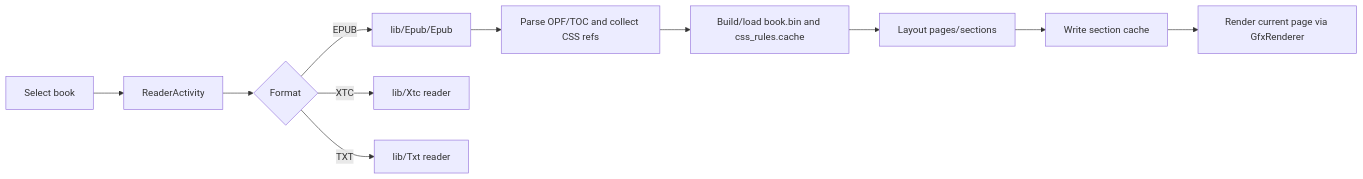
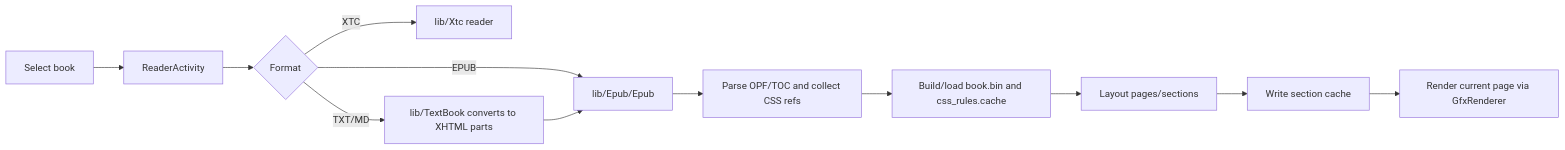
Before and after one commit to antziko/crosspoint-companion: the third of 4 diagrams in docs/contributing/architecture.md, drawn with Mermaid. The commit also changed 118 other files, not shown here.

First line of the commit message:
feat: SD plugins, protected books, and TXT/MD via the EPUB reader

````diff
--- a/docs/contributing/architecture.md
+++ b/docs/contributing/architecture.md
@@ -70,13 +70,14 @@
 ```mermaid
 flowchart LR
     A[Select book] --> B[ReaderActivity]
     B --> C{Format}
     C -->|EPUB| D[lib/Epub/Epub]
     C -->|XTC| E[lib/Xtc reader]
-    C -->|TXT| F[lib/Txt reader]
+    C -->|TXT/MD| F[lib/TextBook converts to XHTML parts]
+    F --> D
     D --> G[Parse OPF/TOC and collect CSS refs]
     G --> H[Build/load book.bin and css_rules.cache]
     H --> I[Layout pages/sections]
     I --> J[Write section cache]
     J --> K[Render current page via GfxRenderer]
 ```
````
